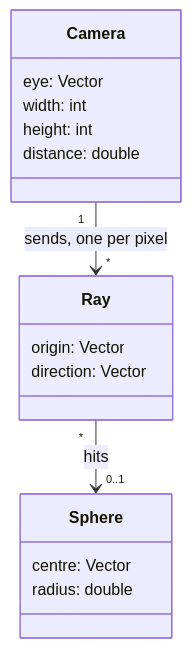
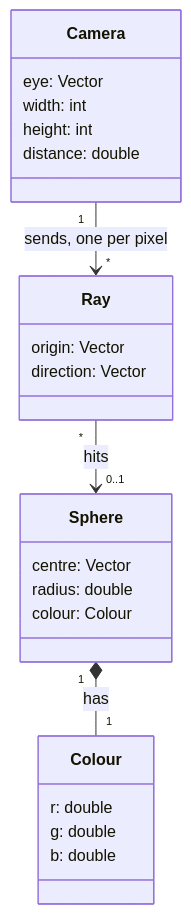
The diagram in docs/domain/domain-model.md (Mathis-brgs/Raytracer), drawn with Mermaid before and after one commit. The commit also changed other lines of this file and 19 other files, not shown here.

First line of the commit message:
Stabilise the pinhole spike: camera ray, sphere colour, trace and tests

````diff
--- a/docs/domain/domain-model.md
+++ b/docs/domain/domain-model.md
@@ -6,20 +6,27 @@
 ```mermaid
 classDiagram
     Camera "1" --> "*" Ray : sends, one per pixel
     Ray "*" --> "0..1" Sphere : hits
+    Sphere "1" *-- "1" Colour : has
 
     class Camera {
         eye: Vector
         width: int
         height: int
         distance: double
     }
     class Ray {
         origin: Vector
         direction: Vector
     }
     class Sphere {
         centre: Vector
         radius: double
+        colour: Colour
+    }
+    class Colour {
+        r: double
+        g: double
+        b: double
     }
 ```
````
